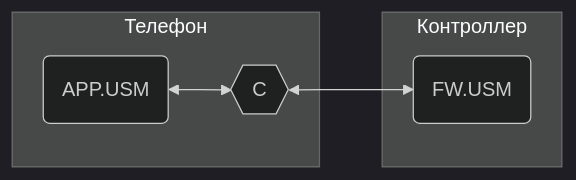
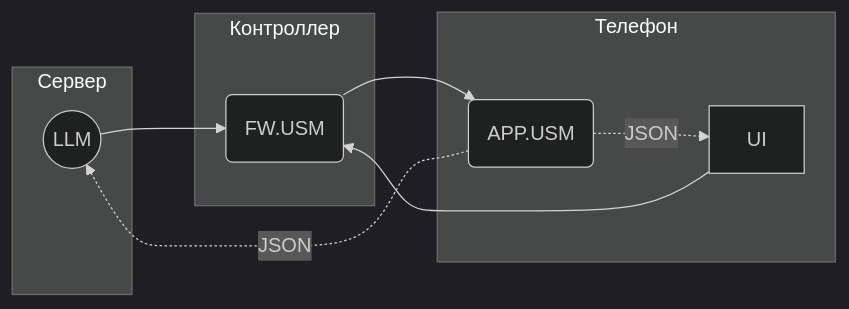
The diagram in PDS/SynapsePDS_USML.md (KhudyakovAlex/Synapse), drawn with Mermaid (dark theme) before and after one commit. The commit also changed other lines of this file and 8 other files, not shown here.

````diff
--- a/PDS/SynapsePDS_USML.md
+++ b/PDS/SynapsePDS_USML.md
@@ -26,14 +21,21 @@
 ```mermaid
 flowchart LR
+    subgraph Сервер
+        LLM((LLM))
+    end
+
     subgraph Телефон
+        UI[UI]
         APPUSM(APP.USM)
-        C{{C}}
     end
   
     subgraph Контроллер
         FWUSM(FW.USM)
     end
 
-    APPUSM<-->C
-    C<-->FWUSM
+    APPUSM-.JSON.->UI
+    APPUSM-.JSON.->LLM
+    LLM-->FWUSM
+    UI-->FWUSM
+    FWUSM-->APPUSM
 ```
````
